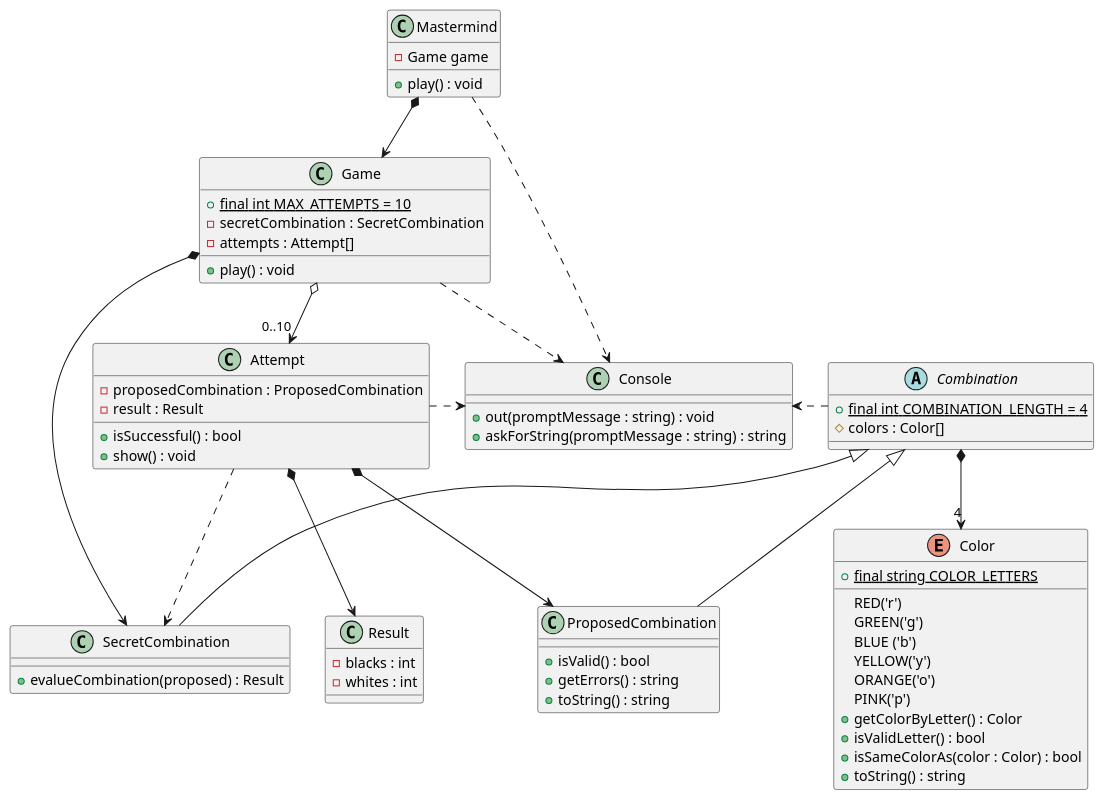
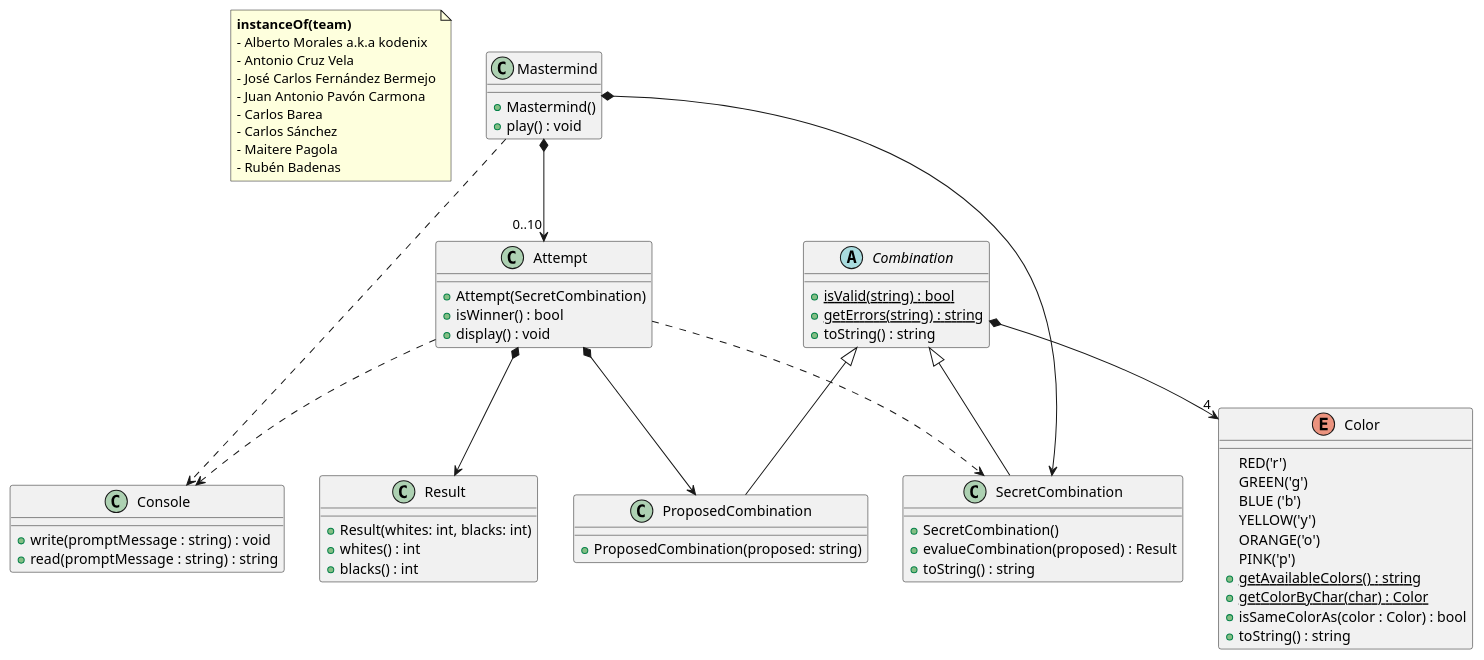
Before and after one commit to Master-Desarrollo-20-21/ejercicio-1-relaciones-entre-clases-rbadenas: the diagram in mastermind.wsd, drawn with PlantUML. The commit also changed 2 other files, not shown here.

```diff
--- a/mastermind.wsd
+++ b/mastermind.wsd
@@ -1,90 +1,84 @@
 @startuml Mastermind
+
+note as N1
+  <b>instanceOf(team)</b>
+  - Alberto Morales a.k.a kodenix
+  - Antonio Cruz Vela
+  - José Carlos Fernández Bermejo
+  - Juan Antonio Pavón Carmona
+  - Carlos Barea
+  - Carlos Sánchez
+  - Maitere Pagola
+  - Rubén Badenas
+end note
 
 
 class Mastermind {
-    -Game game
-    +play() : void
-}
-
-
-
-class Game {
-    +{static} final int MAX_ATTEMPTS = 10
-    -secretCombination : SecretCombination
-    -attempts : Attempt[]
+    +Mastermind()
     +play() : void
 }
 
 class Attempt{
-    -proposedCombination : ProposedCombination
-    -result : Result
-    +isSuccessful() : bool
-    +show() : void
+    +Attempt(SecretCombination)
+    +isWinner() : bool
+    +display() : void
 }
 
 
 class Result{
-    -blacks : int
-    -whites : int
+    +Result(whites: int, blacks: int)
+    +whites() : int
+    +blacks() : int
 }
 
 enum Color{
     RED('r')
     GREEN('g')
     BLUE ('b')
     YELLOW('y')
     ORANGE('o')
     PINK('p')
-
-    +{static} final string COLOR_LETTERS
-    +getColorByLetter() : Color
-    +isValidLetter() : bool
+    +{static} getAvailableColors() : string
+    +{static} getColorByChar(char) : Color
     +isSameColorAs(color : Color) : bool
     +toString() : string
-
 }
 
 abstract class Combination{
-    +{static} final int COMBINATION_LENGTH = 4
-    # colors : Color[]
-
+    +{static} isValid(string) : bool
+    +{static} getErrors(string) : string
+    +toString() : string
 }
 
 class SecretCombination{
+    +SecretCombination()
     +evalueCombination(proposed) : Result
+    +toString() : string
 }
 
 class ProposedCombination{
-    +isValid() : bool
-    +getErrors() : string
-    +toString() : string
+    +ProposedCombination(proposed: string)
 }
 
 class Console{
-    +out(promptMessage : string) : void
-    +askForString(promptMessage : string) : string
+    +write(promptMessage : string) : void
+    +read(promptMessage : string) : string
 }
 
 
-Mastermind *--> Game
 
-Game *--> SecretCombination
-Game o--> "0..10" Attempt
+Mastermind *--> SecretCombination
+Mastermind *--> "0..10" Attempt
 
-Combination <|-- SecretCombination
-Combination <|-- ProposedCombination
-
+Combination ^-- SecretCombination
+Combination ^-- ProposedCombination
 Combination *--> "4" Color
 
 Attempt *--> ProposedCombination
 Attempt *--> Result
-
 Attempt ..> SecretCombination
 
-Mastermind .> Console
-Game .> Console
-Attempt .> Console
-Combination .> Console
-'ProposedCombination .up.> Console
+Mastermind ..> Console
+Attempt ..> Console
 
 @enduml
```
